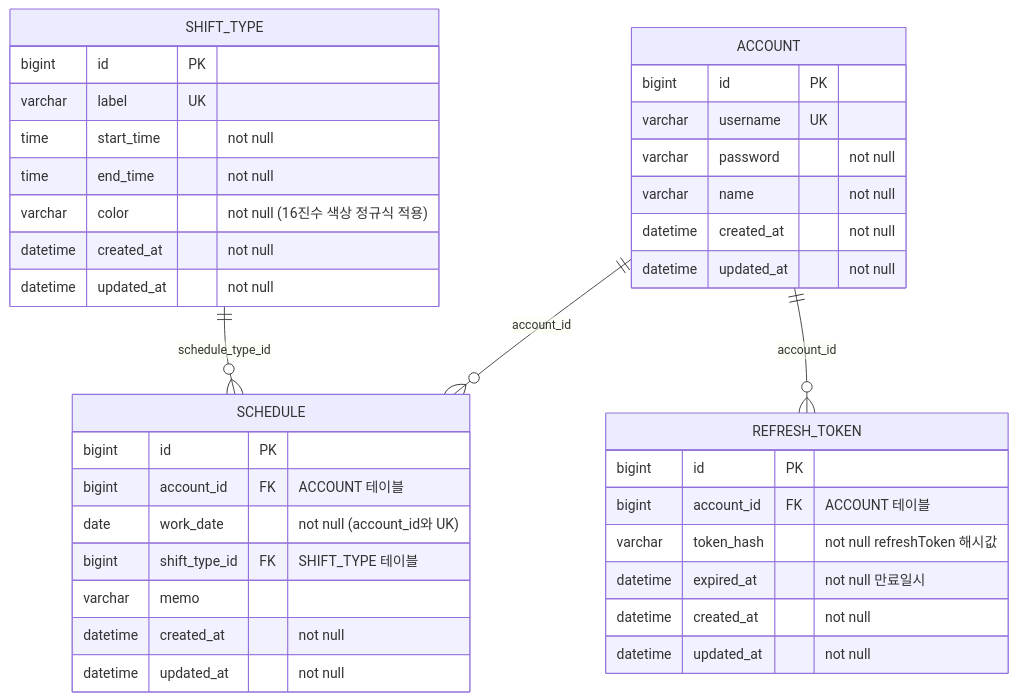
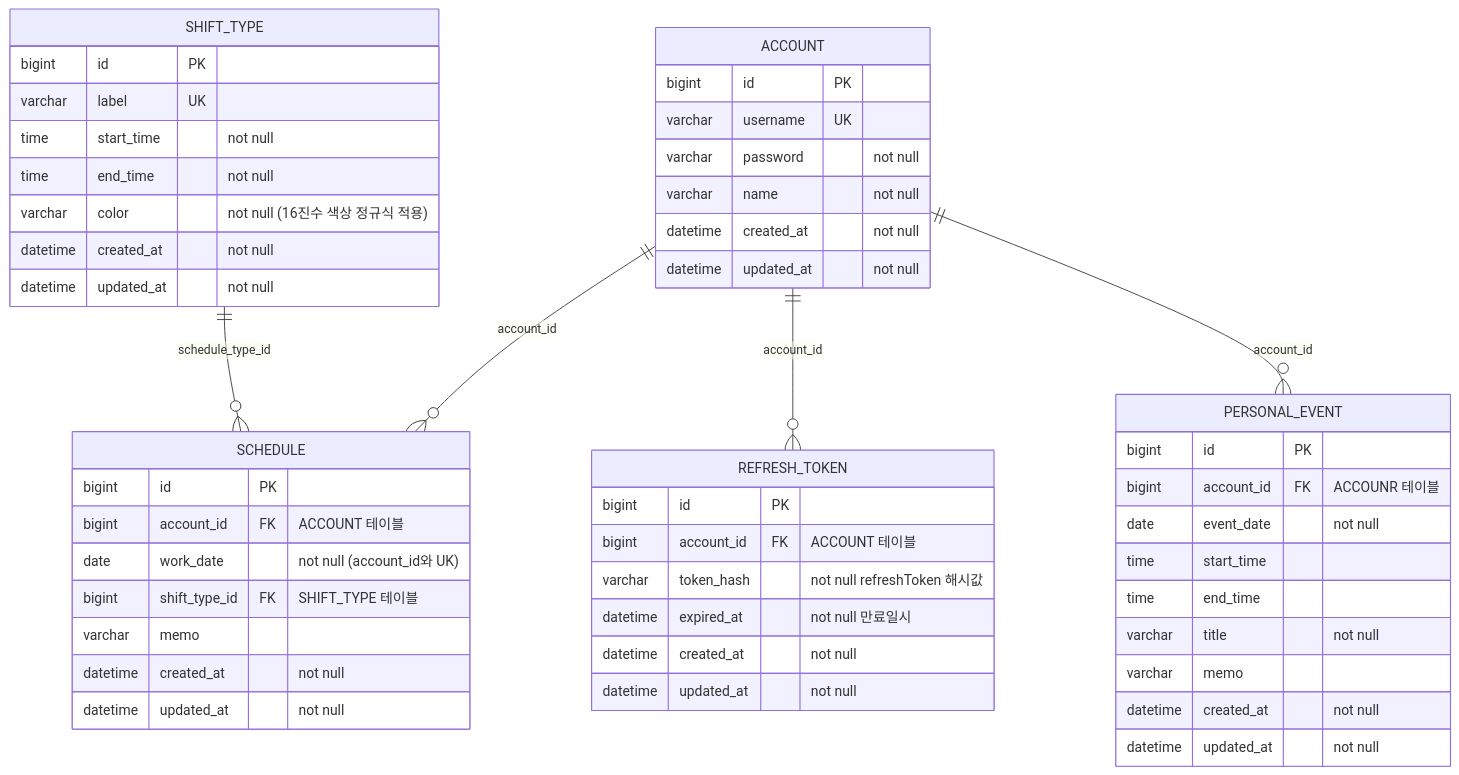
Before and after one commit to GuardJo/dietitian-scheduler: the seventh of 7 diagrams in README.md, drawn with Mermaid. The commit also changed 2 other files, not shown here.

Commit message:
feat: #12 개인 스케줄 관련 도메인 구성
- 개인스케줄 도메인 관련 테이블 스키마 구성
- readme ERD 업데이트
- 테스트용 데이터 구성

````diff
--- a/README.md
+++ b/README.md
@@ -228,44 +228,57 @@
 ```mermaid
 erDiagram
     ACCOUNT {
         bigint id PK
         varchar username UK
         varchar password "not null"
         varchar name "not null"
         datetime created_at "not null"
         datetime updated_at "not null"
     }
     
     SHIFT_TYPE {
         bigint id PK
         varchar label UK
         time start_time "not null"
         time end_time "not null"
         varchar color "not null (16진수 색상 정규식 적용)"
         datetime created_at "not null"
         datetime updated_at "not null"
     }
 
     SCHEDULE {
         bigint id PK
         bigint account_id FK "ACCOUNT 테이블"
         date work_date "not null (account_id와 UK)"
         bigint shift_type_id FK "SHIFT_TYPE 테이블"
         varchar memo
         datetime created_at "not null"
         datetime updated_at "not null"
     }
 
     REFRESH_TOKEN { 
         bigint id PK
         bigint account_id FK "ACCOUNT 테이블"
         varchar token_hash "not null refreshToken 해시값"
         datetime expired_at "not null 만료일시"
         datetime created_at "not null"
         datetime updated_at "not null"
     }
 
+    PERSONAL_EVENT {
+        bigint id PK
+        bigint account_id FK "ACCOUNR 테이블"
+        date event_date "not null"
+        time start_time
+        time end_time
+        varchar title "not null"
+        varchar memo
+        datetime created_at "not null"
+        datetime updated_at "not null"
+    }
+
     ACCOUNT ||--o{ SCHEDULE : account_id
     SHIFT_TYPE ||--o{ SCHEDULE : schedule_type_id
     ACCOUNT ||--o{ REFRESH_TOKEN : account_id
+    ACCOUNT ||--o{ PERSONAL_EVENT : account_id
 ```
````
